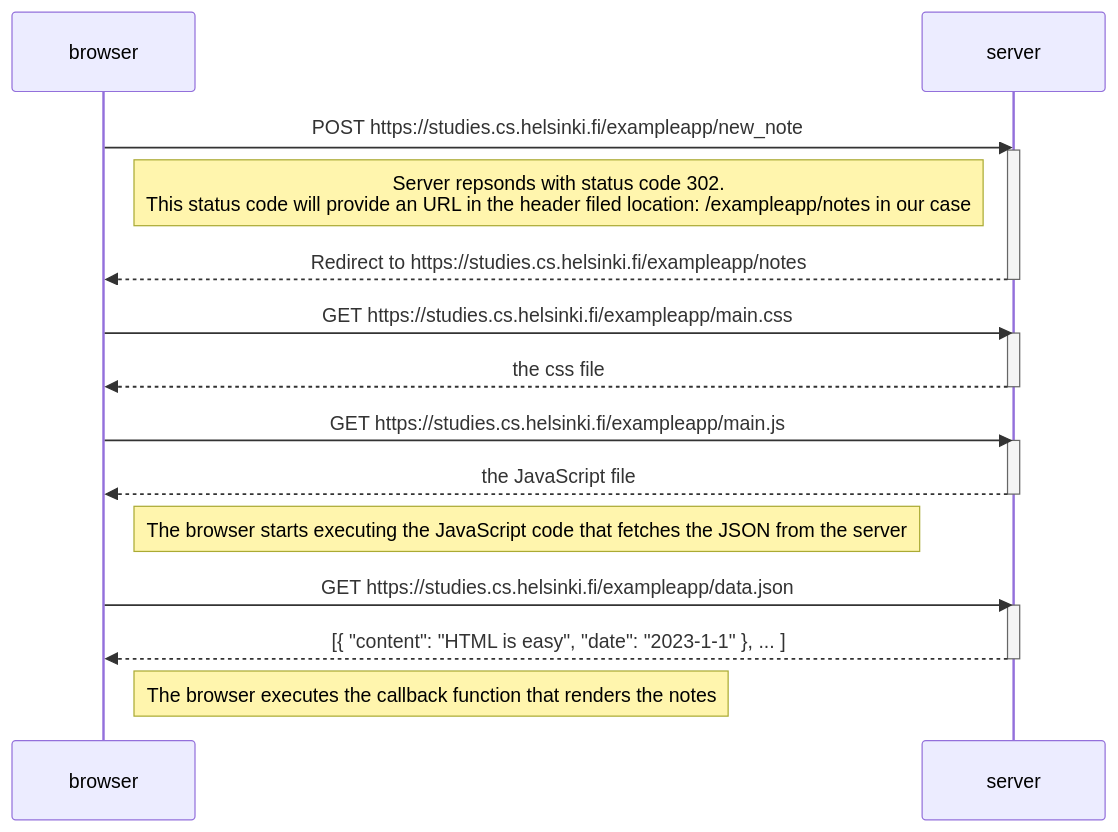
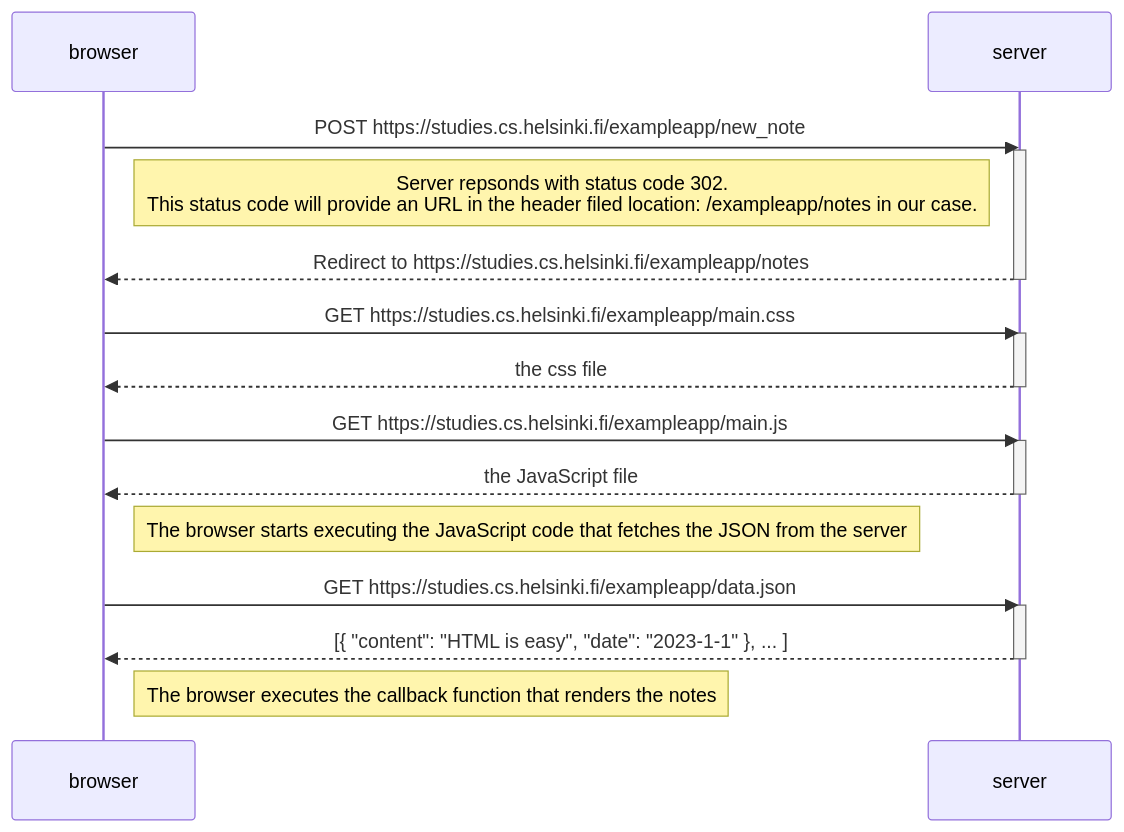
The diagram in part0/04/new_note_diagram.md (KaomN/full_stack_open), drawn with Mermaid before and after one commit.

````diff
--- a/part0/04/new_note_diagram.md
+++ b/part0/04/new_note_diagram.md
@@ -1,30 +1,30 @@
 ```mermaid
 sequenceDiagram
 	participant browser
 	participant server
 	
 	browser->>server: POST https://studies.cs.helsinki.fi/exampleapp/new_note
 	activate server
-	Note left of server: Server repsonds with status code 302.<br />This status code will provide an URL in the header filed location: /exampleapp/notes in our case
+	Note left of server: Server repsonds with status code 302.<br/>This status code will provide an URL in the header filed location: /exampleapp/notes in our case.
 	server-->>browser: Redirect to https://studies.cs.helsinki.fi/exampleapp/notes
 	deactivate server
 	
 	browser->>server: GET https://studies.cs.helsinki.fi/exampleapp/main.css
 	activate server
 	server-->>browser: the css file
 	deactivate server
 	
 	browser->>server: GET https://studies.cs.helsinki.fi/exampleapp/main.js
 	activate server
 	server-->>browser: the JavaScript file
 	deactivate server
 	
 	Note right of browser: The browser starts executing the JavaScript code that fetches the JSON from the server
 	
 	browser->>server: GET https://studies.cs.helsinki.fi/exampleapp/data.json
 	activate server
 	server-->>browser: [{ "content": "HTML is easy", "date": "2023-1-1" }, ... ]
 	deactivate server    
 
 	Note right of browser: The browser executes the callback function that renders the notes 
 ```
````
